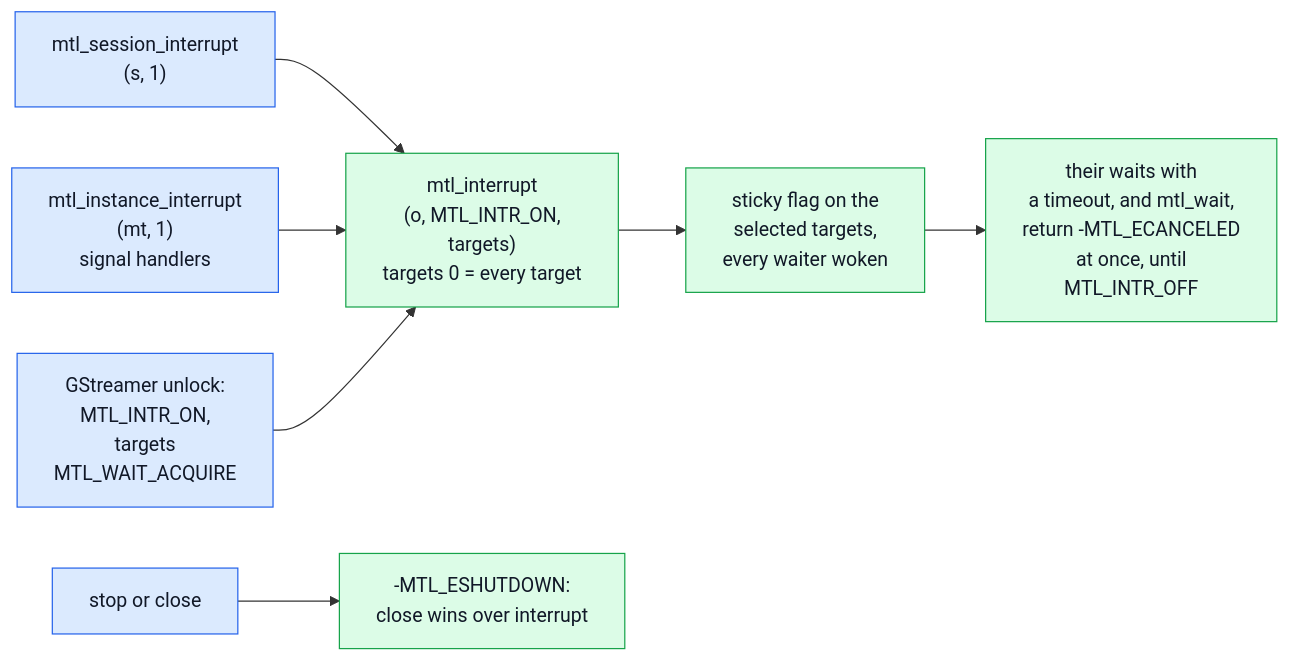
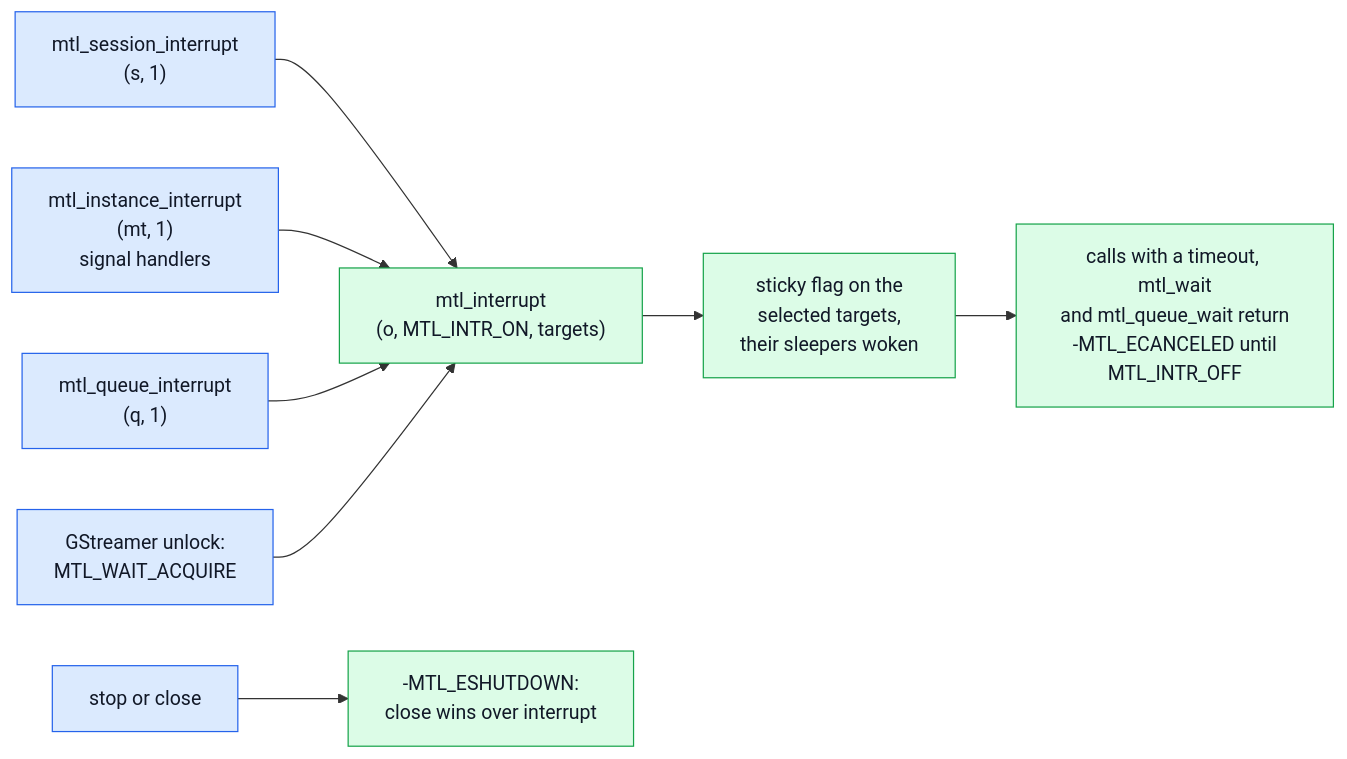
The ninth of 15 diagrams in doc/unified-api/contract.md (Sakoram/Media-Transport-Library), drawn with Mermaid before and after one commit. The commit also changed other lines of this file and 52 other files, not shown here.

````diff
--- a/doc/unified-api/contract.md
+++ b/doc/unified-api/contract.md
@@ -1659,13 +1735,14 @@
 ```mermaid
 flowchart LR
-    S["mtl_session_interrupt<br/>(s, 1)"] --> G["mtl_interrupt<br/>(o, MTL_INTR_ON,<br/>targets)<br/>targets 0 = every target"]
+    S["mtl_session_interrupt<br/>(s, 1)"] --> G["mtl_interrupt<br/>(o, MTL_INTR_ON, targets)"]
     I["mtl_instance_interrupt<br/>(mt, 1)<br/>signal handlers"] --> G
-    T["GStreamer unlock:<br/>MTL_INTR_ON,<br/>targets<br/>MTL_WAIT_ACQUIRE"] --> G
-    G --> F["sticky flag on the<br/>selected targets,<br/>every waiter woken"]
-    F --> W["their waits with<br/>a timeout, and mtl_wait,<br/>return -MTL_ECANCELED<br/>at once, until<br/>MTL_INTR_OFF"]
+    Q["mtl_queue_interrupt<br/>(q, 1)"] --> G
+    T["GStreamer unlock:<br/>MTL_WAIT_ACQUIRE"] --> G
+    G --> F["sticky flag on the<br/>selected targets,<br/>their sleepers woken"]
+    F --> W["calls with a timeout, mtl_wait<br/>and mtl_queue_wait return<br/>-MTL_ECANCELED until<br/>MTL_INTR_OFF"]
     C["stop or close"] --> X["-MTL_ESHUTDOWN:<br/>close wins over interrupt"]
     classDef app fill:#dbeafe,stroke:#2563eb,color:#111827
     classDef mtl fill:#dcfce7,stroke:#16a34a,color:#111827
-    class S,I,T,C app
+    class S,I,Q,T,C app
     class G,F,W,X mtl
 ```
````
